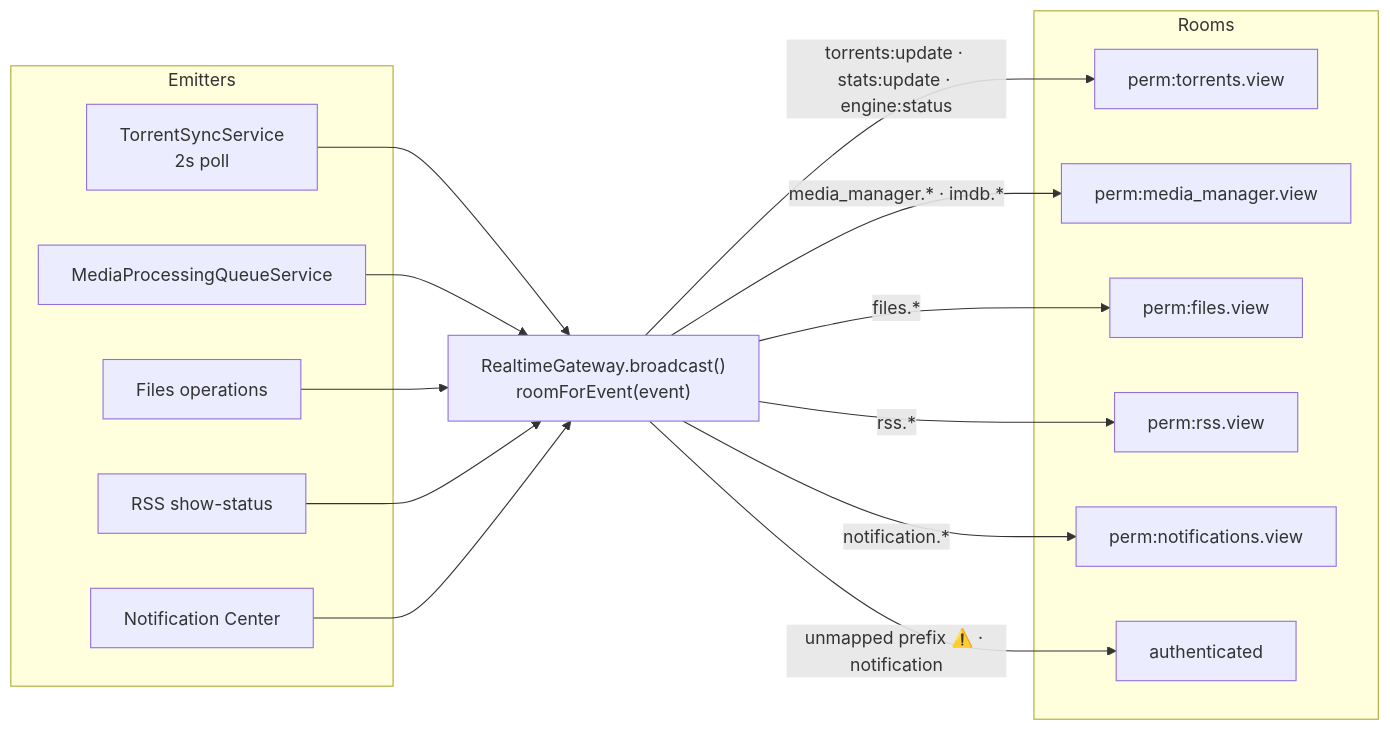
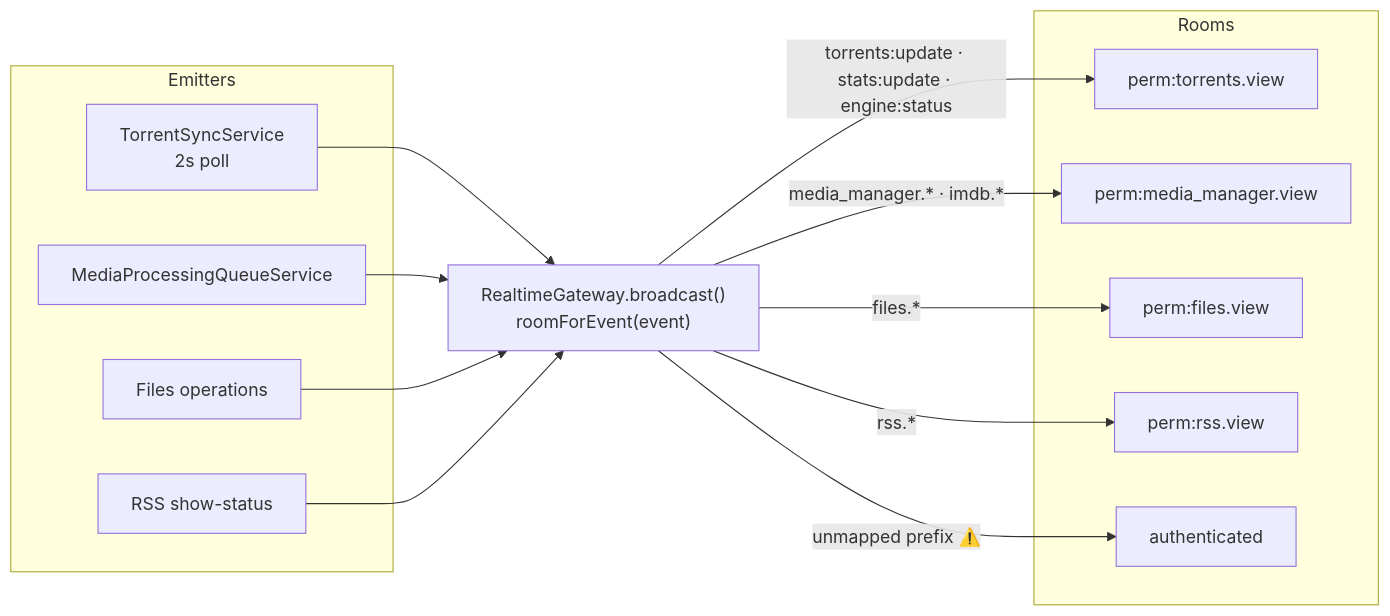
One commit to damirabal/ultratorrent-core changed the second of 2 diagrams in website/docs/develop/websockets.md. Above: the diagram before and after it, drawn with Mermaid. The commit also changed other lines of this file and 63 other files, not shown here.

````diff
--- a/website/docs/develop/websockets.md
+++ b/website/docs/develop/websockets.md
@@ -232,34 +222,30 @@
 ```mermaid
 flowchart LR
   subgraph Emitters
     TS["TorrentSyncService<br/>2s poll"]
     MQ["MediaProcessingQueueService"]
     FS["Files operations"]
     RS["RSS show-status"]
-    NC["Notification Center"]
   end
 
   GW["RealtimeGateway.broadcast()<br/>roomForEvent(event)"]
 
   subgraph Rooms
     RT["perm:torrents.view"]
     MM["perm:media_manager.view"]
     FV["perm:files.view"]
     RV["perm:rss.view"]
-    NV["perm:notifications.view"]
     AU["authenticated"]
   end
 
   TS --> GW
   MQ --> GW
   FS --> GW
   RS --> GW
-  NC --> GW
 
   GW -->|"torrents:update · stats:update · engine:status"| RT
   GW -->|"media_manager.* · imdb.*"| MM
   GW -->|"files.*"| FV
   GW -->|"rss.*"| RV
-  GW -->|"notification.*"| NV
-  GW -->|"unmapped prefix ⚠️ · notification"| AU
+  GW -->|"unmapped prefix ⚠️"| AU
 ```
````
